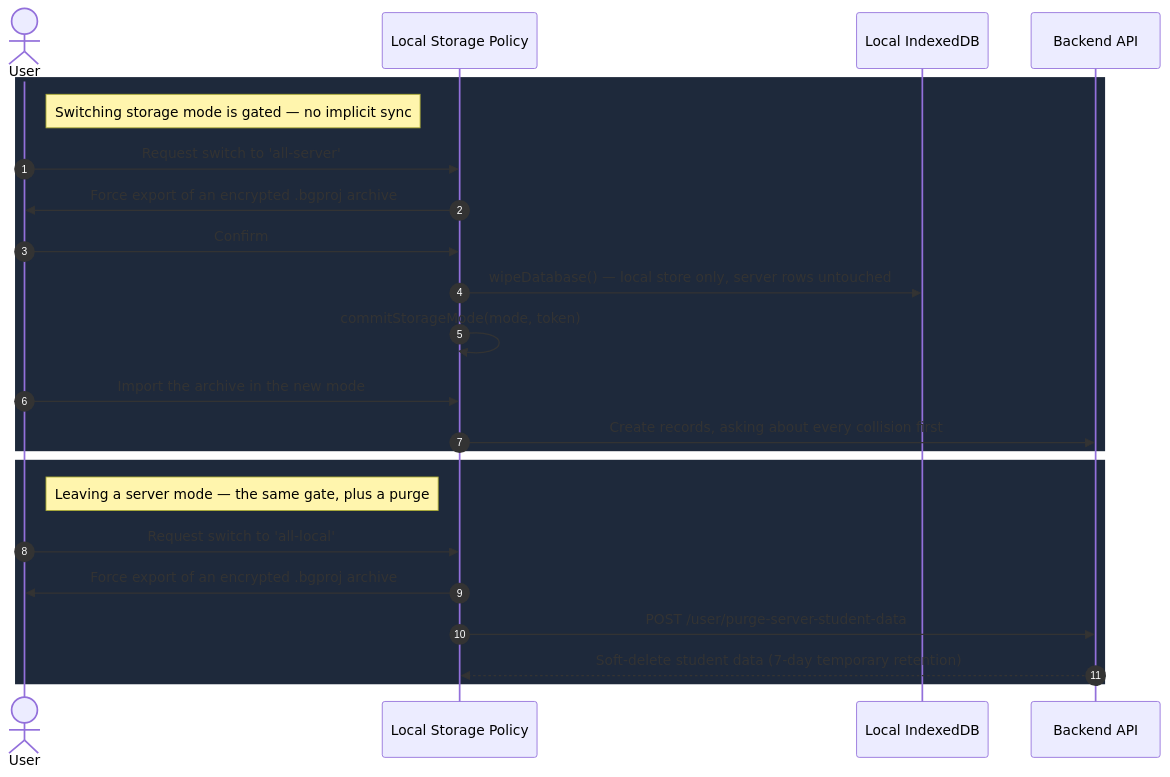
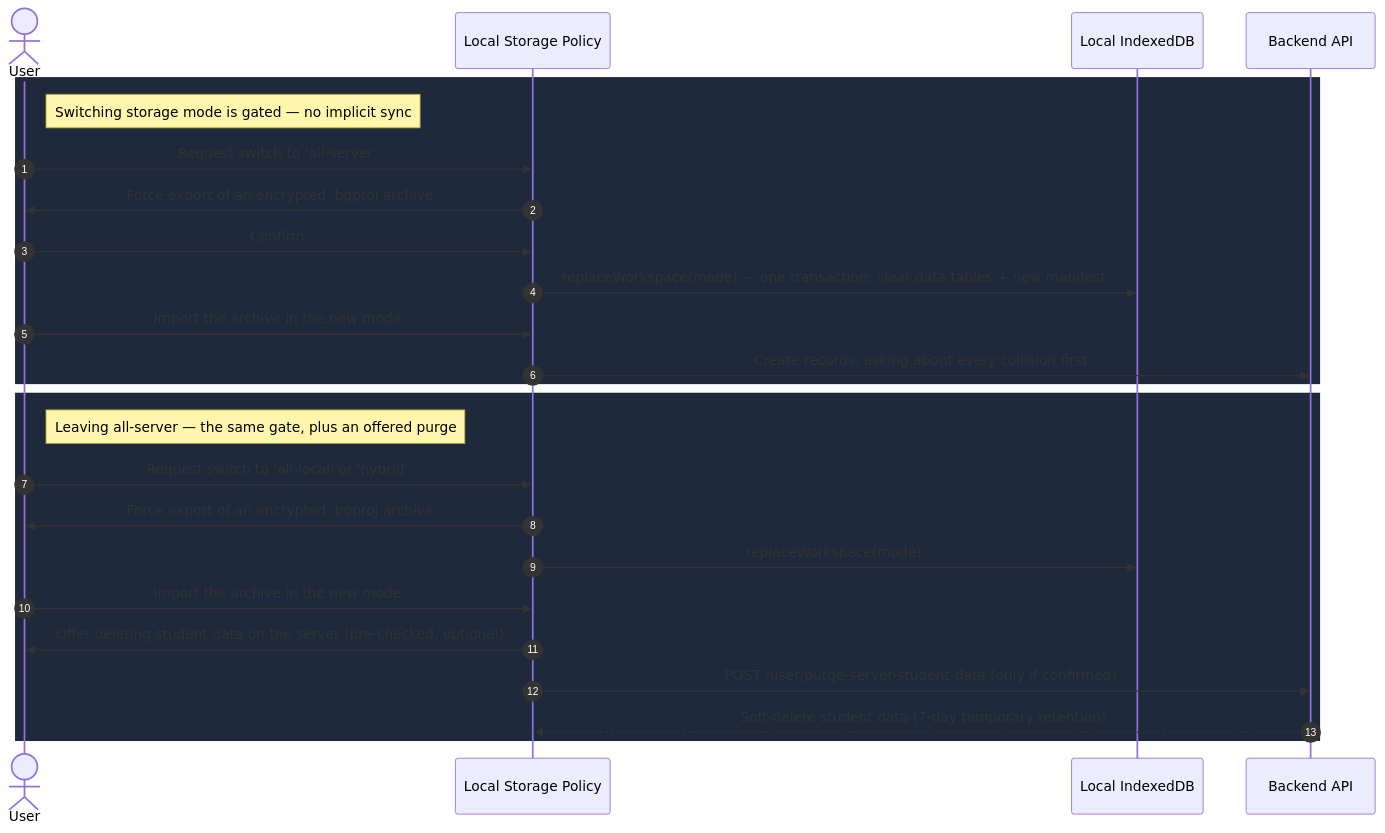
The third of 3 diagrams in docs/data_flow_and_security.md (ValentinHerrmann/Examance), drawn with Mermaid before and after one commit. The commit also changed other lines of this file and 22 other files, not shown here.

````diff
--- a/docs/data_flow_and_security.md
+++ b/docs/data_flow_and_security.md
@@ -347,27 +354,29 @@
 ```mermaid
 sequenceDiagram
     autonumber
     actor User
     participant Store as Local Storage Policy
     participant IDB as Local IndexedDB
     participant Server as Backend API
 
     rect rgb(30, 41, 59)
     note right of User: Switching storage mode is gated — no implicit sync
     User->>Store: Request switch to 'all-server'
     Store->>User: Force export of an encrypted .bgproj archive
     User->>Store: Confirm
-    Store->>IDB: wipeDatabase() — local store only, server rows untouched
-    Store->>Store: commitStorageMode(mode, token)
+    Store->>IDB: replaceWorkspace(mode) — one transaction: clear data tables + new manifest
     User->>Store: Import the archive in the new mode
     Store->>Server: Create records, asking about every collision first
     end
 
     rect rgb(30, 41, 59)
-    note right of User: Leaving a server mode — the same gate, plus a purge
-    User->>Store: Request switch to 'all-local'
+    note right of User: Leaving all-server — the same gate, plus an offered purge
+    User->>Store: Request switch to 'all-local' or 'hybrid'
     Store->>User: Force export of an encrypted .bgproj archive
-    Store->>Server: POST /user/purge-server-student-data
+    Store->>IDB: replaceWorkspace(mode)
+    User->>Store: Import the archive in the new mode
+    Store->>User: Offer deleting student data on the server (pre-checked, optional)
+    Store->>Server: POST /user/purge-server-student-data (only if confirmed)
     Server-->>Store: Soft-delete student data (7-day temporary retention)
     end
 ```
````
